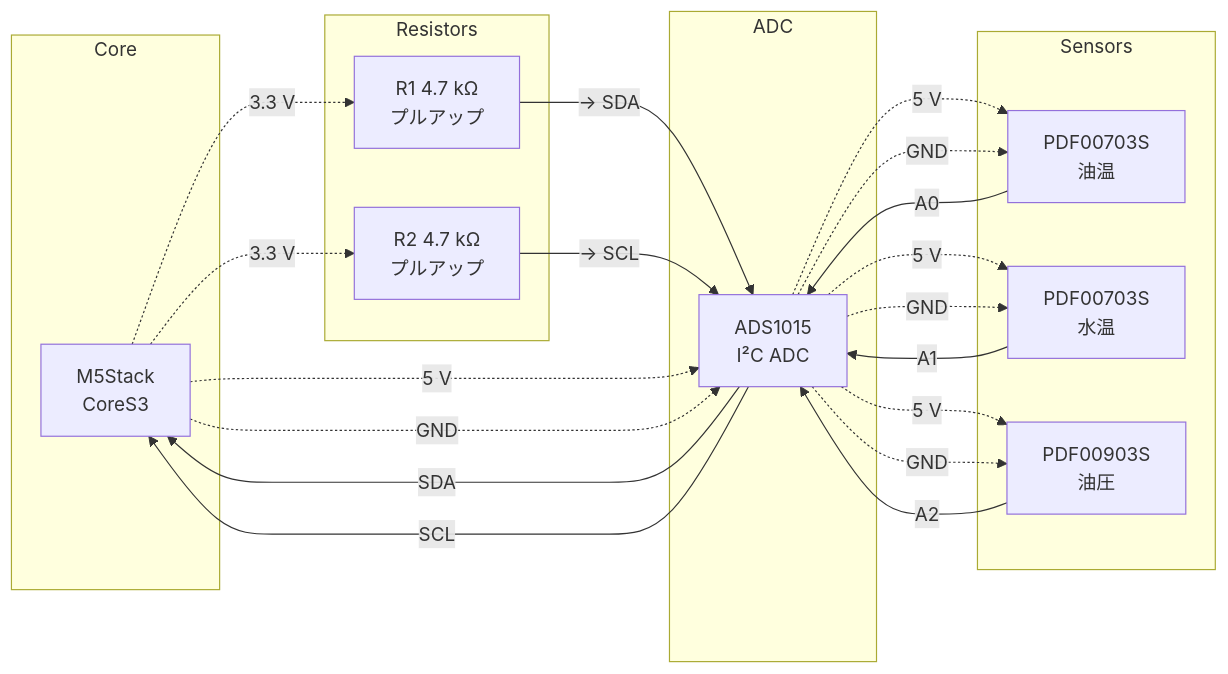
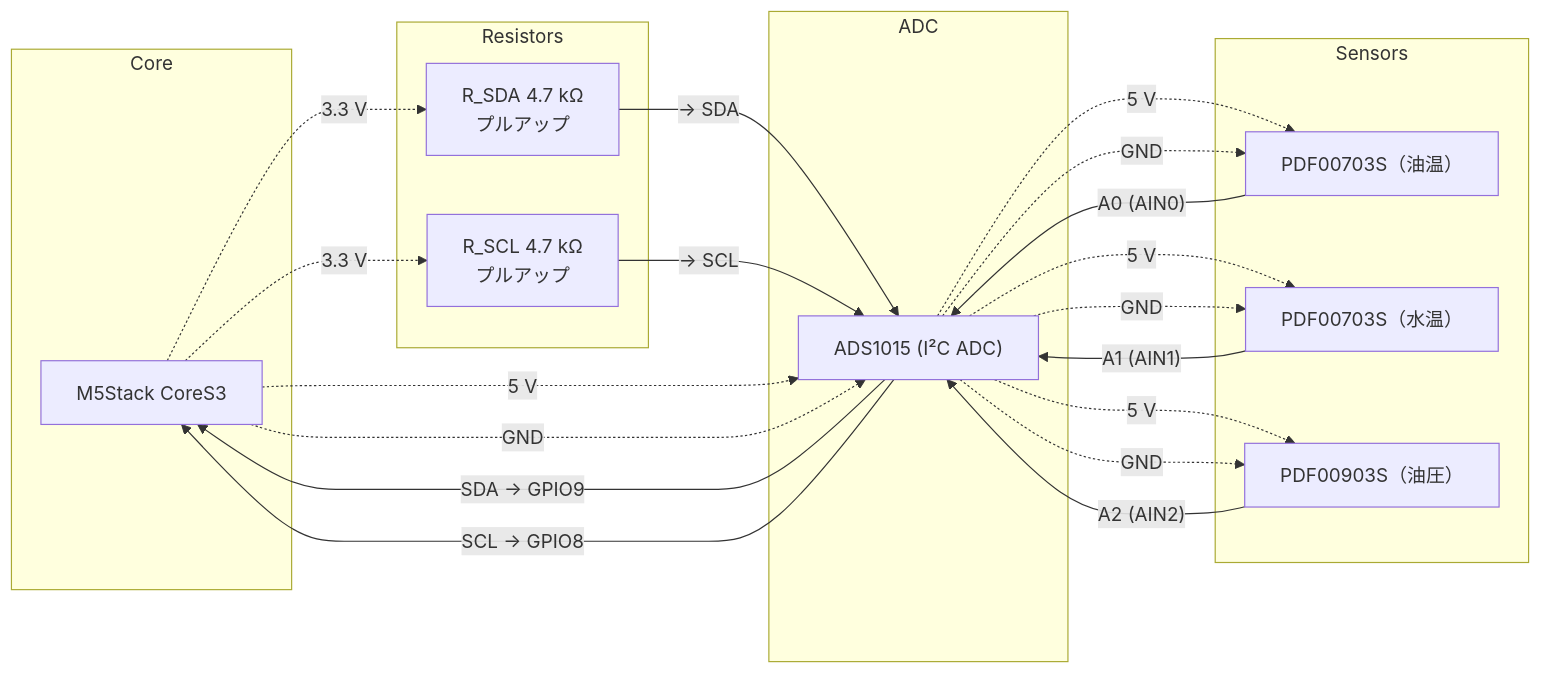
One commit to puriso/racing_guage changed the diagram in docs/wiring.md. Above: the diagram before and after it, drawn with Mermaid.

Commit message:
docs: fix wiring diagram — use 4.7 kΩ pull-ups and correct sensor-ADC topology

````diff
--- a/docs/wiring.md
+++ b/docs/wiring.md
@@ -3,49 +3,49 @@
 ```mermaid
 graph LR
     %% ===== Devices =====
     subgraph Core
-        CoreS3["M5Stack<br>CoreS3"]
+        CoreS3["M5Stack CoreS3"]
     end
 
     subgraph ADC
-        ADS1015["ADS1015<br>I²C&nbsp;ADC"]
+        ADS1015["ADS1015 (I²C ADC)"]
     end
 
     subgraph Sensors
-        OilTemp["PDF00703S<br>油温"]
-        WaterTemp["PDF00703S<br>水温"]
-        OilPress["PDF00903S<br>油圧"]
+        OilTemp["PDF00703S（油温）"]
+        WaterTemp["PDF00703S（水温）"]
+        OilPress["PDF00903S（油圧）"]
     end
 
     subgraph Resistors
-        R1["R1 4.7 kΩ<br>プルアップ"]
-        R2["R2 4.7 kΩ<br>プルアップ"]
+        R_SDA["R_SDA 4.7 kΩ<br>プルアップ"]
+        R_SCL["R_SCL 4.7 kΩ<br>プルアップ"]
     end
 
     %% ===== Analog channels =====
-    OilTemp  -- "A0" --> ADS1015
-    WaterTemp -- "A1" --> ADS1015
-    OilPress -- "A2" --> ADS1015
+    OilTemp -- "A0 (AIN0)" --> ADS1015
+    WaterTemp -- "A1 (AIN1)" --> ADS1015
+    OilPress -- "A2 (AIN2)" --> ADS1015
 
     %% ===== I²C bus =====
-    ADS1015 -- "SDA" --> CoreS3
-    ADS1015 -- "SCL" --> CoreS3
+    ADS1015 -- "SDA → GPIO9" --> CoreS3
+    ADS1015 -- "SCL → GPIO8" --> CoreS3
 
     %% Pull-ups to 3.3 V
-    R1 -- "→ SDA" --> ADS1015
-    R2 -- "→ SCL" --> ADS1015
-    CoreS3 -.->|3.3 V| R1
-    CoreS3 -.->|3.3 V| R2
+    R_SDA -- "→ SDA" --> ADS1015
+    R_SCL -- "→ SCL" --> ADS1015
+    CoreS3 -.->|3.3 V| R_SDA
+    CoreS3 -.->|3.3 V| R_SCL
 
     %% ===== Power rails =====
-  CoreS3 -.->|5 V| ADS1015
+    CoreS3 -.->|5 V| ADS1015
     CoreS3 -.->|GND| ADS1015
 
-  ADS1015 -.->|5 V| OilTemp
-  ADS1015 -.->|5 V| WaterTemp
-  ADS1015 -.->|5 V| OilPress
+    ADS1015 -.->|5 V| OilTemp
+    ADS1015 -.->|5 V| WaterTemp
+    ADS1015 -.->|5 V| OilPress
 
     ADS1015 -.->|GND| OilTemp
     ADS1015 -.->|GND| WaterTemp
     ADS1015 -.->|GND| OilPress
 ```
````
